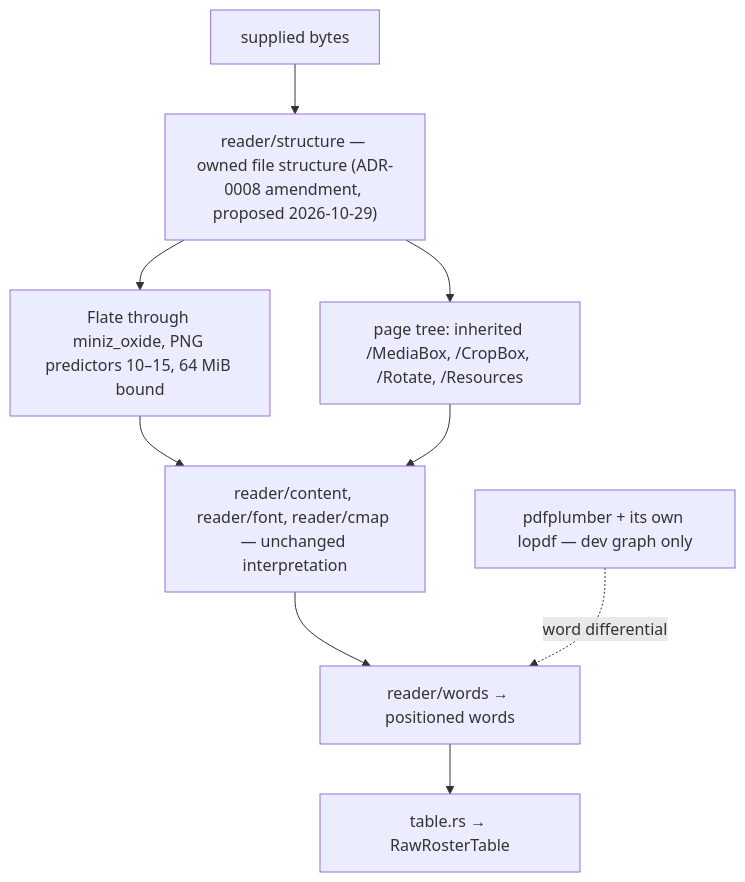
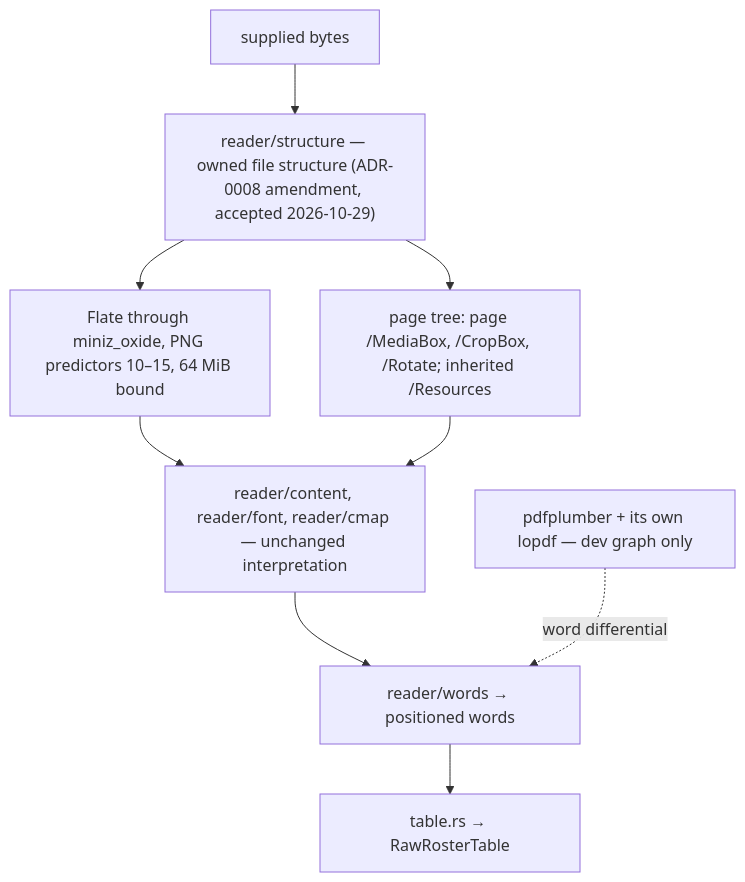
The seventh of 7 diagrams in docs/arc42/05-building-block-view.md (duty2cal/duty2cal), drawn with Mermaid before and after one commit. The commit also changed other lines of this file and 27 other files, not shown here.

````diff
--- a/docs/arc42/05-building-block-view.md
+++ b/docs/arc42/05-building-block-view.md
@@ -297,11 +296,11 @@
 ```mermaid
 flowchart TB
-  BYTES["supplied bytes"] --> STRUCT["reader/structure — owned file structure (ADR-0008 amendment, proposed 2026-10-29)"]
+  BYTES["supplied bytes"] --> STRUCT["reader/structure — owned file structure (ADR-0008 amendment, accepted 2026-10-29)"]
   STRUCT --> DECODE["Flate through miniz_oxide, PNG predictors 10–15, 64 MiB bound"]
-  STRUCT --> PAGES["page tree: inherited /MediaBox, /CropBox, /Rotate, /Resources"]
+  STRUCT --> PAGES["page tree: page /MediaBox, /CropBox, /Rotate; inherited /Resources"]
   DECODE --> INTERP["reader/content, reader/font, reader/cmap — unchanged interpretation"]
   PAGES --> INTERP
   INTERP --> WORDS["reader/words → positioned words"]
   WORDS --> TABLE["table.rs → RawRosterTable"]
   ORACLE["pdfplumber + its own lopdf — dev graph only"] -. "word differential" .-> WORDS
 ```
````
